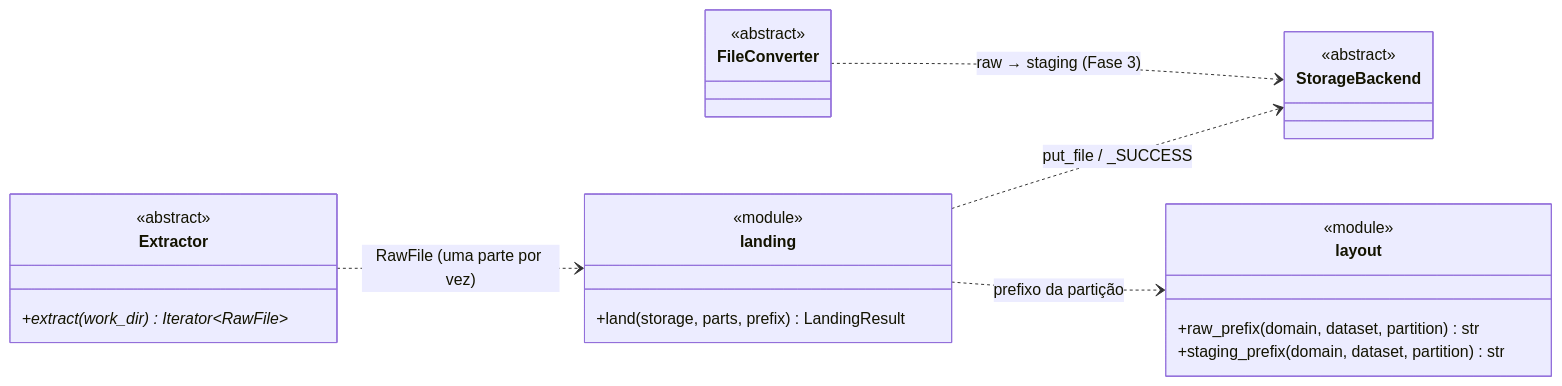
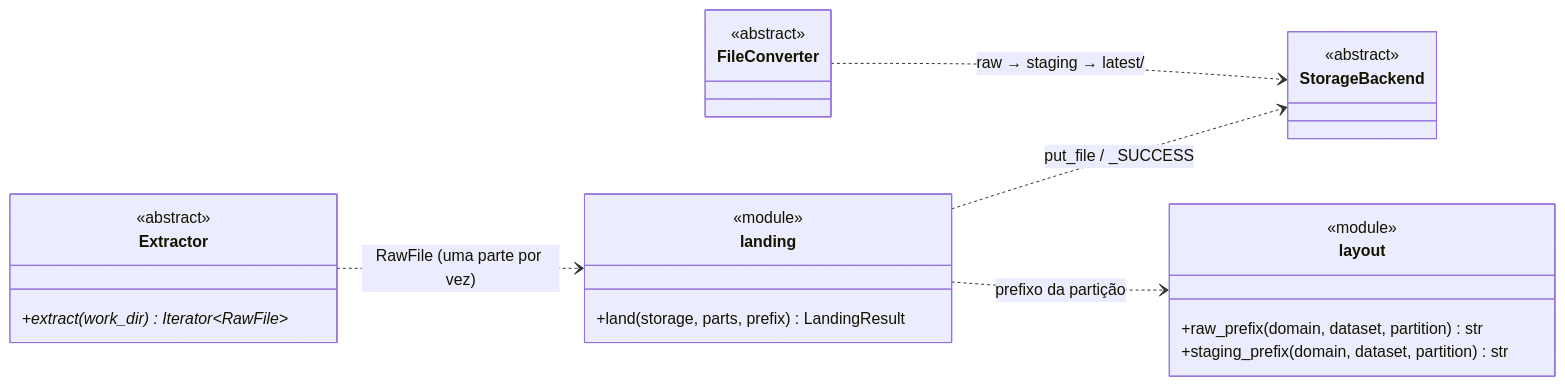
Before and after one commit to GovHub-br/data-application-cidades: the first of 5 diagrams in docs/ingestao/diagrama-classes.md, drawn with Mermaid. The commit also changed other lines of this file and 8 other files, not shown here.

````diff
--- a/docs/ingestao/diagrama-classes.md
+++ b/docs/ingestao/diagrama-classes.md
@@ -25,28 +25,28 @@
 ```mermaid
 classDiagram
     direction LR
     class Extractor {
         <<abstract>>
         +extract(work_dir) Iterator~RawFile~*
     }
     class StorageBackend {
         <<abstract>>
     }
     class landing {
         <<module>>
         +land(storage, parts, prefix) LandingResult
     }
     class FileConverter {
         <<abstract>>
     }
     class layout {
         <<module>>
         +raw_prefix(domain, dataset, partition) str
         +staging_prefix(domain, dataset, partition) str
     }
 
     Extractor ..> landing : RawFile (uma parte por vez)
     landing ..> StorageBackend : put_file / _SUCCESS
     landing ..> layout : prefixo da partição
-    FileConverter ..> StorageBackend : raw → staging (Fase 3)
+    FileConverter ..> StorageBackend : raw → staging → latest/
 ```
````
